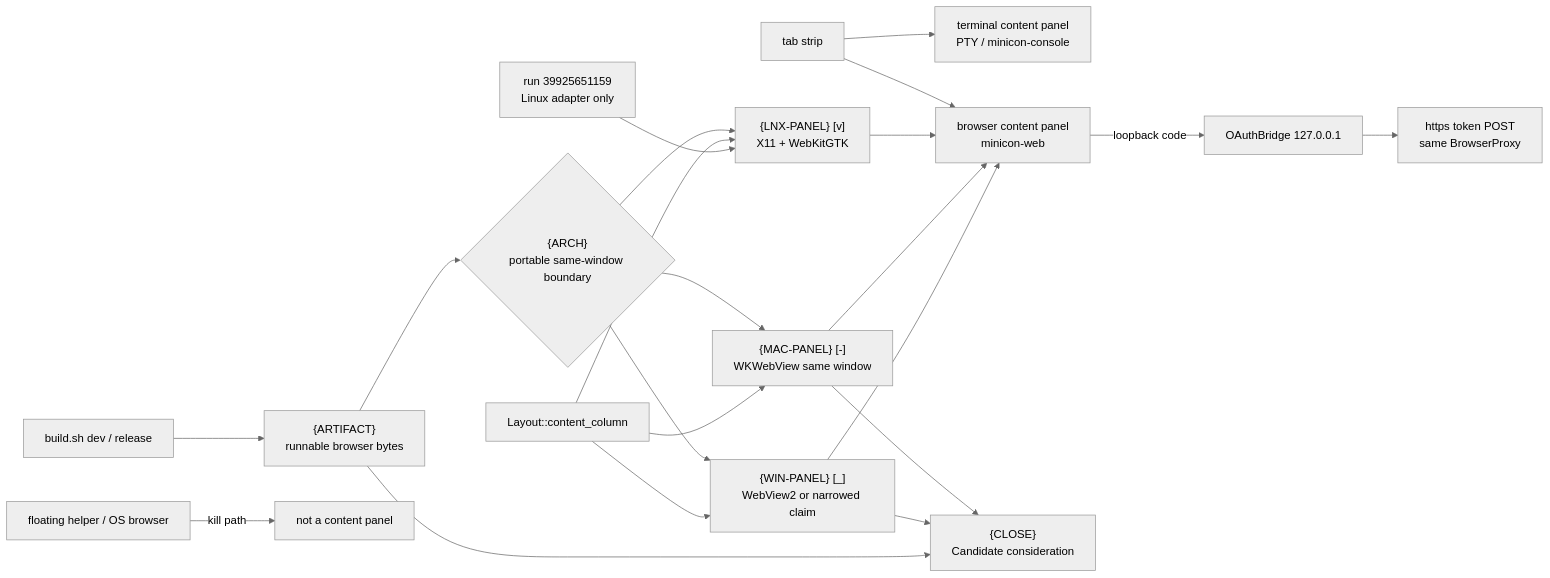
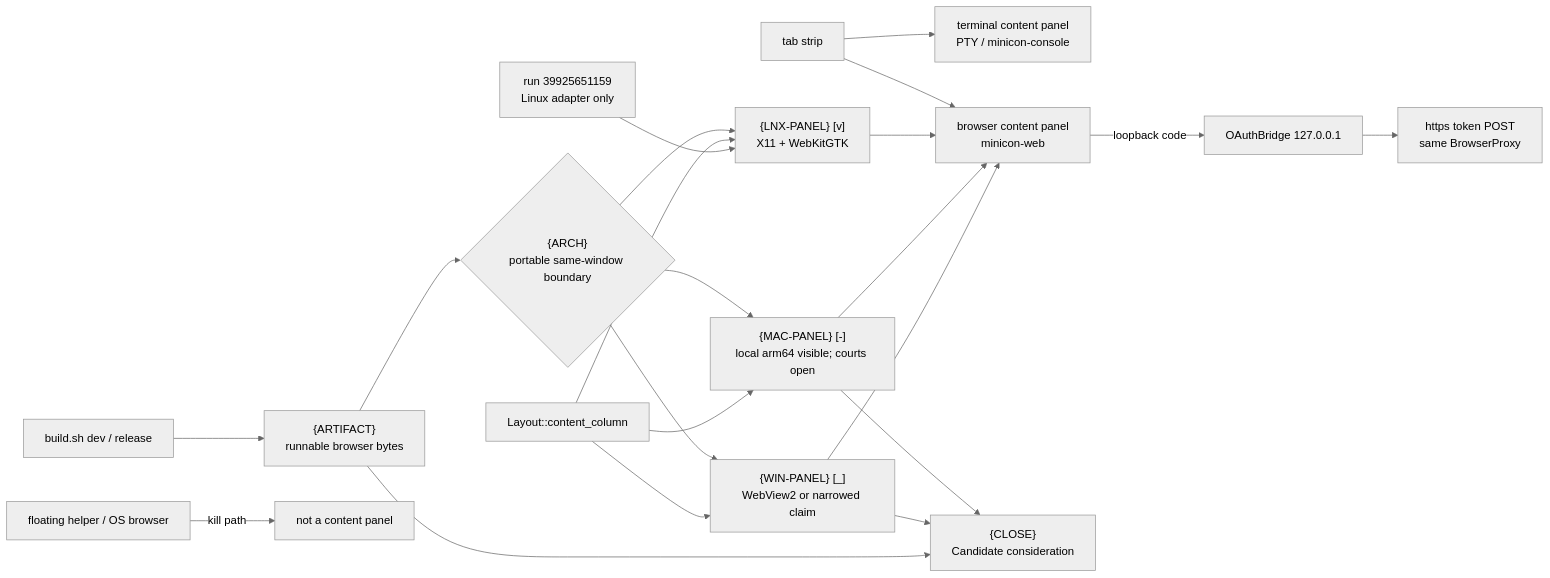
Before and after one commit to partnernetsoftware/minicon: the second of 2 diagrams in plan/plan-v0.2.21.md, drawn with Mermaid (neutral theme). The commit also changed other lines of this file and 16 other files, not shown here.

````diff
--- a/plan/plan-v0.2.21.md
+++ b/plan/plan-v0.2.21.md
@@ -171,23 +181,23 @@
 ```mermaid
 flowchart LR
     TAB["tab strip"] --> TERM["terminal content panel<br/>PTY / minicon-console"]
     TAB --> WEB["browser content panel<br/>minicon-web"]
     CANON["build.sh dev / release"] --> ART["{ARTIFACT}<br/>runnable browser bytes"]
     ART --> ARCH{"{ARCH}<br/>portable same-window boundary"}
     ARCH --> LNX["{LNX-PANEL} [v]<br/>X11 + WebKitGTK"]
-    ARCH --> MAC["{MAC-PANEL} [-]<br/>WKWebView same window"]
+    ARCH --> MAC["{MAC-PANEL} [-]<br/>local arm64 visible; courts open"]
     ARCH --> WIN["{WIN-PANEL} [_]<br/>WebView2 or narrowed claim"]
     LNX --> WEB
     MAC --> WEB
     WIN --> WEB
     WEB -->|"loopback code"| BRIDGE["OAuthBridge 127.0.0.1"]
     BRIDGE --> POST["https token POST<br/>same BrowserProxy"]
     LAYOUT["Layout::content_column"] --> LNX
     LAYOUT --> MAC
     LAYOUT --> WIN
     COURT["run 39925651159<br/>Linux adapter only"] --> LNX
     FLOAT["floating helper / OS browser"] -->|"kill path"| REJECT["not a content panel"]
     MAC --> CLOSE["{CLOSE}<br/>Candidate consideration"]
     WIN --> CLOSE
     ART --> CLOSE
 ```
````
